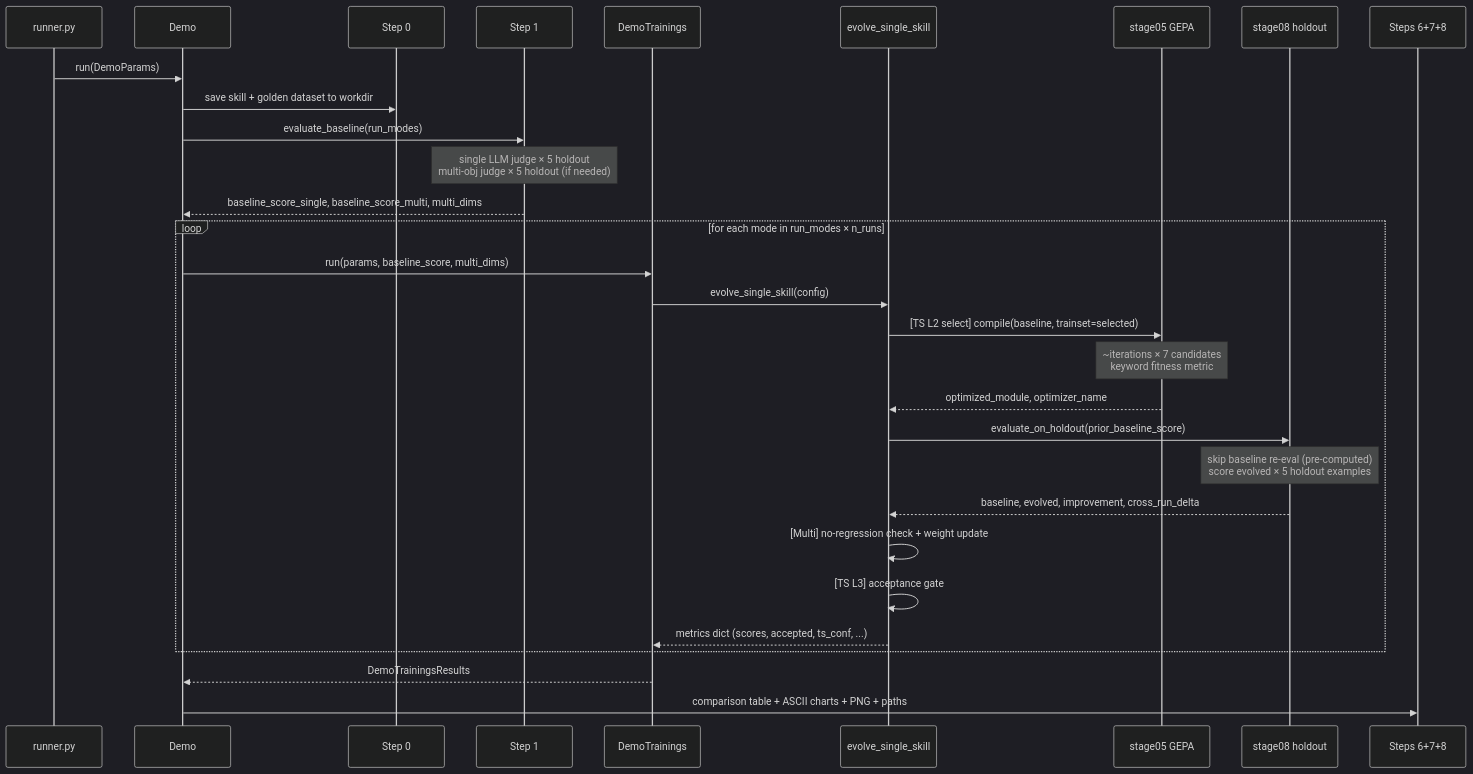
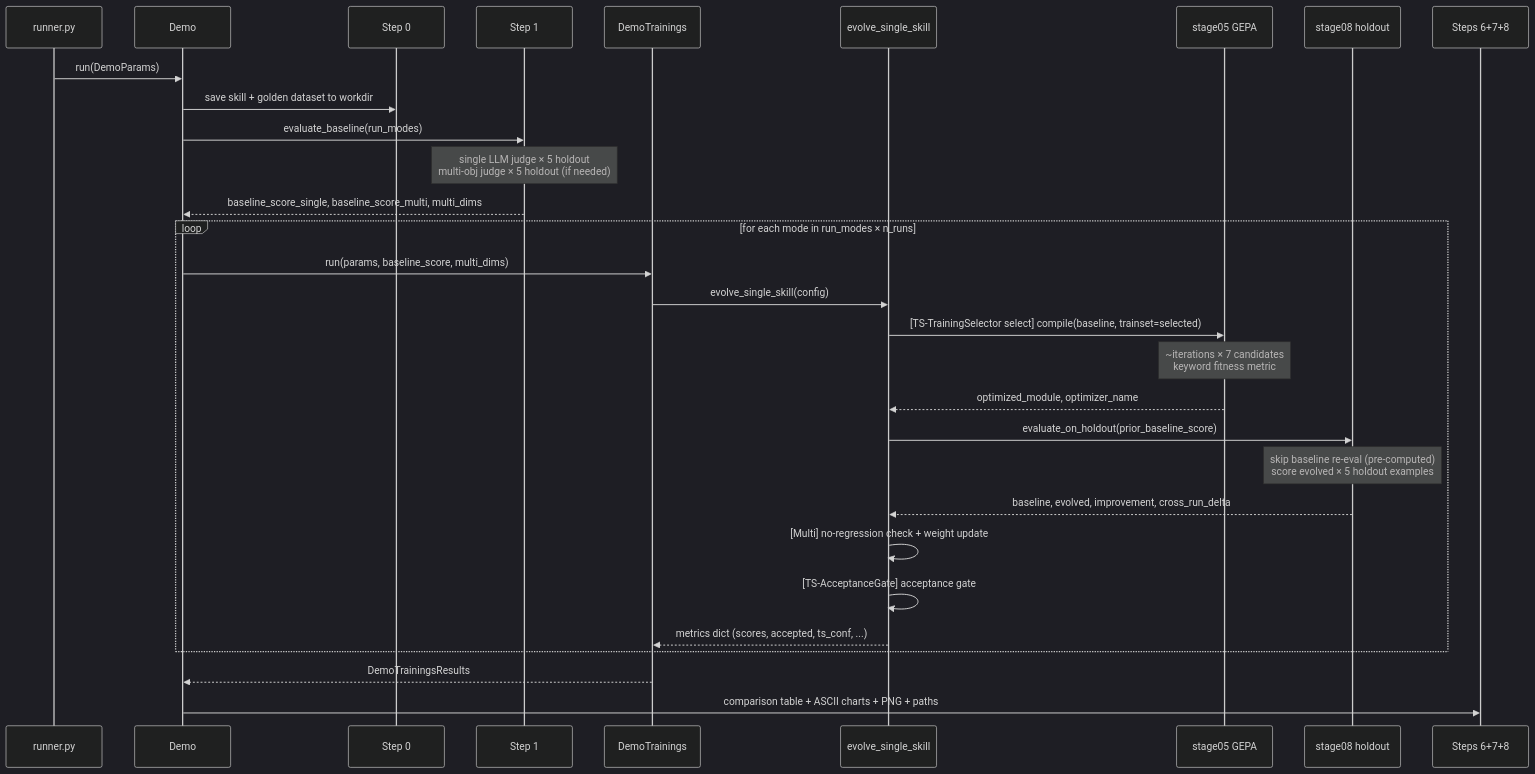
One commit to michaelatamuk/openjiuwen-agent-core changed the third of 5 diagrams in examples/agent_evolving_hermes/offline/offline_05_thompson_vs_baseline/README.md. Above: the diagram before and after it, drawn with Mermaid (dark theme). The commit also changed other lines of this file and 15 other files, not shown here.

````diff
--- a/examples/agent_evolving_hermes/offline/offline_05_thompson_vs_baseline/README.md
+++ b/examples/agent_evolving_hermes/offline/offline_05_thompson_vs_baseline/README.md
@@ -1733,35 +1754,35 @@
 ```mermaid
 sequenceDiagram
     participant R  as runner.py
     participant D  as Demo
     participant S0 as Step 0
     participant S1 as Step 1
     participant TR as DemoTrainings
     participant GE as evolve_single_skill
     participant G5 as stage05 GEPA
     participant G8 as stage08 holdout
     participant S6 as Steps 6+7+8
 
     R->>D: run(DemoParams)
     D->>S0: save skill + golden dataset to workdir
     D->>S1: evaluate_baseline(run_modes)
     Note over S1: single LLM judge × 5 holdout<br/>multi-obj judge × 5 holdout (if needed)
     S1-->>D: baseline_score_single, baseline_score_multi, multi_dims
 
     loop for each mode in run_modes × n_runs
         D->>TR: run(params, baseline_score, multi_dims)
         TR->>GE: evolve_single_skill(config)
-        GE->>G5: [TS L2 select] compile(baseline, trainset=selected)
+        GE->>G5: [TS-TrainingSelector select] compile(baseline, trainset=selected)
         Note over G5: ~iterations × 7 candidates<br/>keyword fitness metric
         G5-->>GE: optimized_module, optimizer_name
         GE->>G8: evaluate_on_holdout(prior_baseline_score)
         Note over G8: skip baseline re-eval (pre-computed)<br/>score evolved × 5 holdout examples
         G8-->>GE: baseline, evolved, improvement, cross_run_delta
         GE->>GE: [Multi] no-regression check + weight update
-        GE->>GE: [TS L3] acceptance gate
+        GE->>GE: [TS-AcceptanceGate] acceptance gate
         GE-->>TR: metrics dict (scores, accepted, ts_conf, ...)
     end
 
     TR-->>D: DemoTrainingsResults
     D->>S6: comparison table + ASCII charts + PNG + paths
 ```
````
